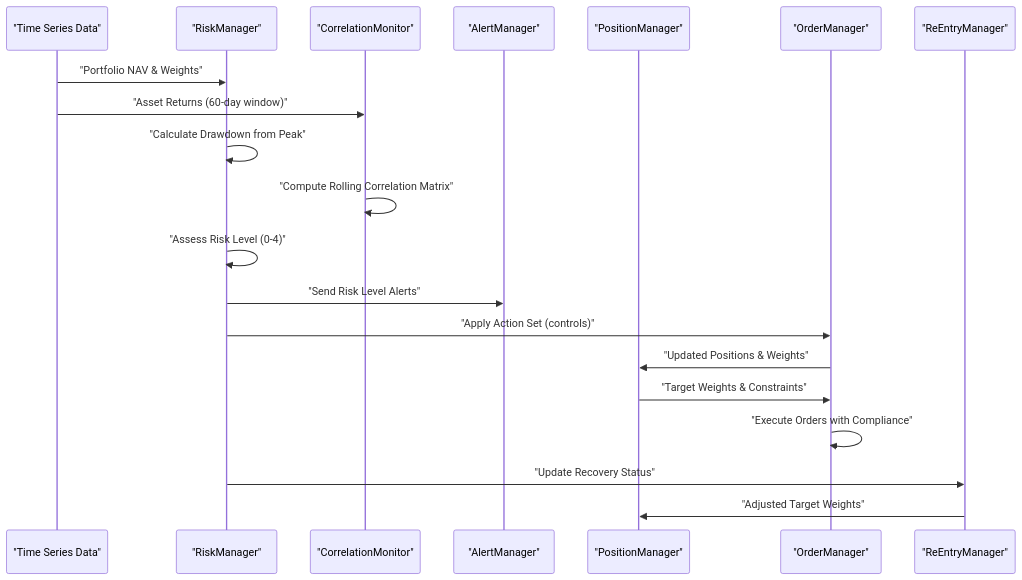
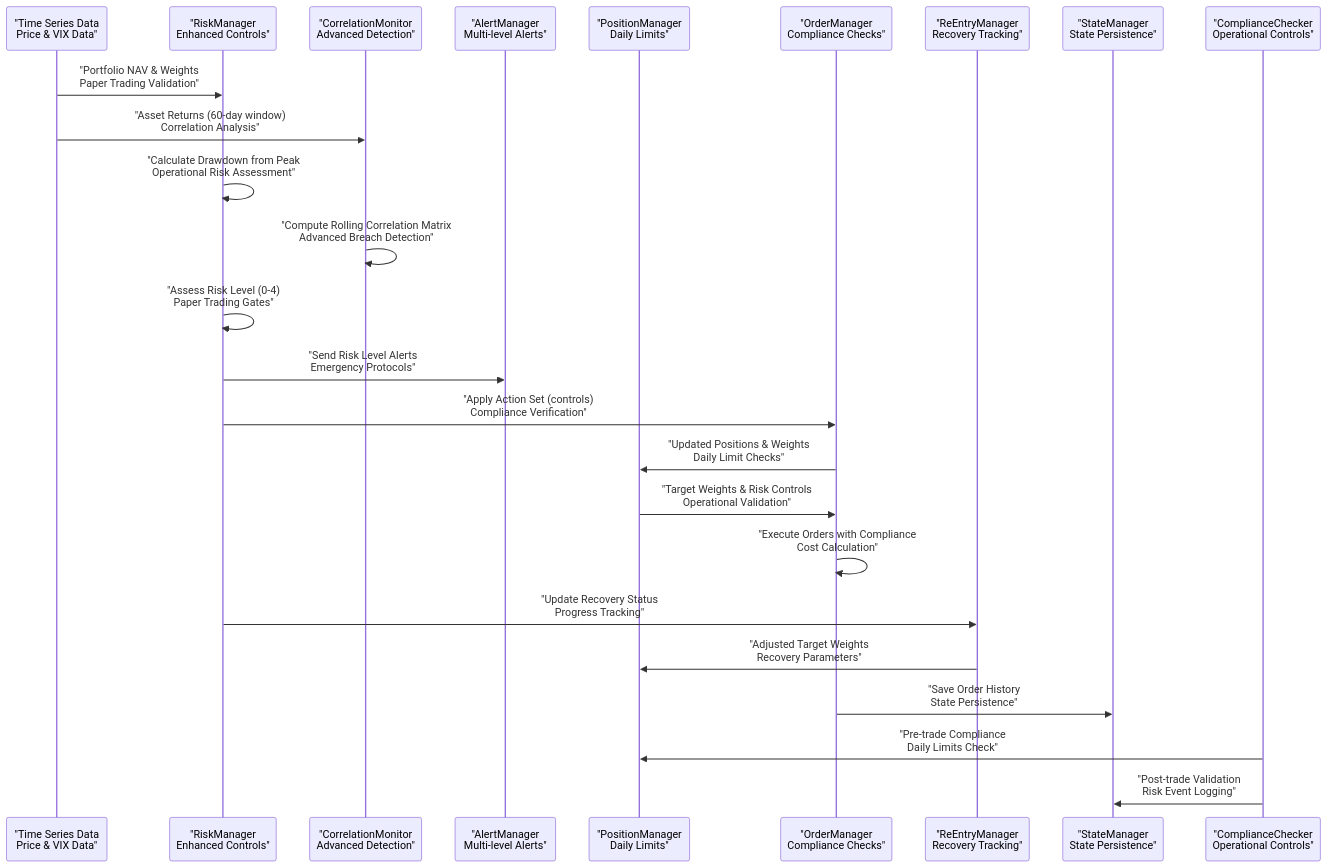
The second of 8 diagrams in .qoder/repowiki/en/content/Risk Management System.md (guofeng201507/shark-quant-trader), drawn with Mermaid before and after one commit. The commit also changed other lines of this file and 14 other files, not shown here.

````diff
--- a/.qoder/repowiki/en/content/Risk Management System.md
+++ b/.qoder/repowiki/en/content/Risk Management System.md
@@ -135,22 +179,27 @@
 ```mermaid
 sequenceDiagram
-participant TS as "Time Series Data"
-participant RM as "RiskManager"
-participant CM as "CorrelationMonitor"
-participant AM as "AlertManager"
-participant PM as "PositionManager"
-participant OM as "OrderManager"
-participant REM as "ReEntryManager"
-TS->>RM : "Portfolio NAV & Weights"
-TS->>CM : "Asset Returns (60-day window)"
-RM->>RM : "Calculate Drawdown from Peak"
-CM->>CM : "Compute Rolling Correlation Matrix"
-RM->>RM : "Assess Risk Level (0-4)"
-RM->>AM : "Send Risk Level Alerts"
-RM->>OM : "Apply Action Set (controls)"
-OM->>PM : "Updated Positions & Weights"
-PM->>OM : "Target Weights & Constraints"
-OM->>OM : "Execute Orders with Compliance"
-RM->>REM : "Update Recovery Status"
-REM->>PM : "Adjusted Target Weights"
+participant TS as "Time Series Data<br/>Price & VIX Data"
+participant RM as "RiskManager<br/>Enhanced Controls"
+participant CM as "CorrelationMonitor<br/>Advanced Detection"
+participant AM as "AlertManager<br/>Multi-level Alerts"
+participant PM as "PositionManager<br/>Daily Limits"
+participant OM as "OrderManager<br/>Compliance Checks"
+participant REM as "ReEntryManager<br/>Recovery Tracking"
+participant SM as "StateManager<br/>State Persistence"
+participant CC as "ComplianceChecker<br/>Operational Controls"
+TS->>RM : "Portfolio NAV & Weights<br/>Paper Trading Validation"
+TS->>CM : "Asset Returns (60-day window)<br/>Correlation Analysis"
+RM->>RM : "Calculate Drawdown from Peak<br/>Operational Risk Assessment"
+CM->>CM : "Compute Rolling Correlation Matrix<br/>Advanced Breach Detection"
+RM->>RM : "Assess Risk Level (0-4)<br/>Paper Trading Gates"
+RM->>AM : "Send Risk Level Alerts<br/>Emergency Protocols"
+RM->>OM : "Apply Action Set (controls)<br/>Compliance Verification"
+OM->>PM : "Updated Positions & Weights<br/>Daily Limit Checks"
+PM->>OM : "Target Weights & Risk Controls<br/>Operational Validation"
+OM->>OM : "Execute Orders with Compliance<br/>Cost Calculation"
+RM->>REM : "Update Recovery Status<br/>Progress Tracking"
+REM->>PM : "Adjusted Target Weights<br/>Recovery Parameters"
+OM->>SM : "Save Order History<br/>State Persistence"
+CC->>PM : "Pre-trade Compliance<br/>Daily Limits Check"
+CC->>SM : "Post-trade Validation<br/>Risk Event Logging"
 ```
````
